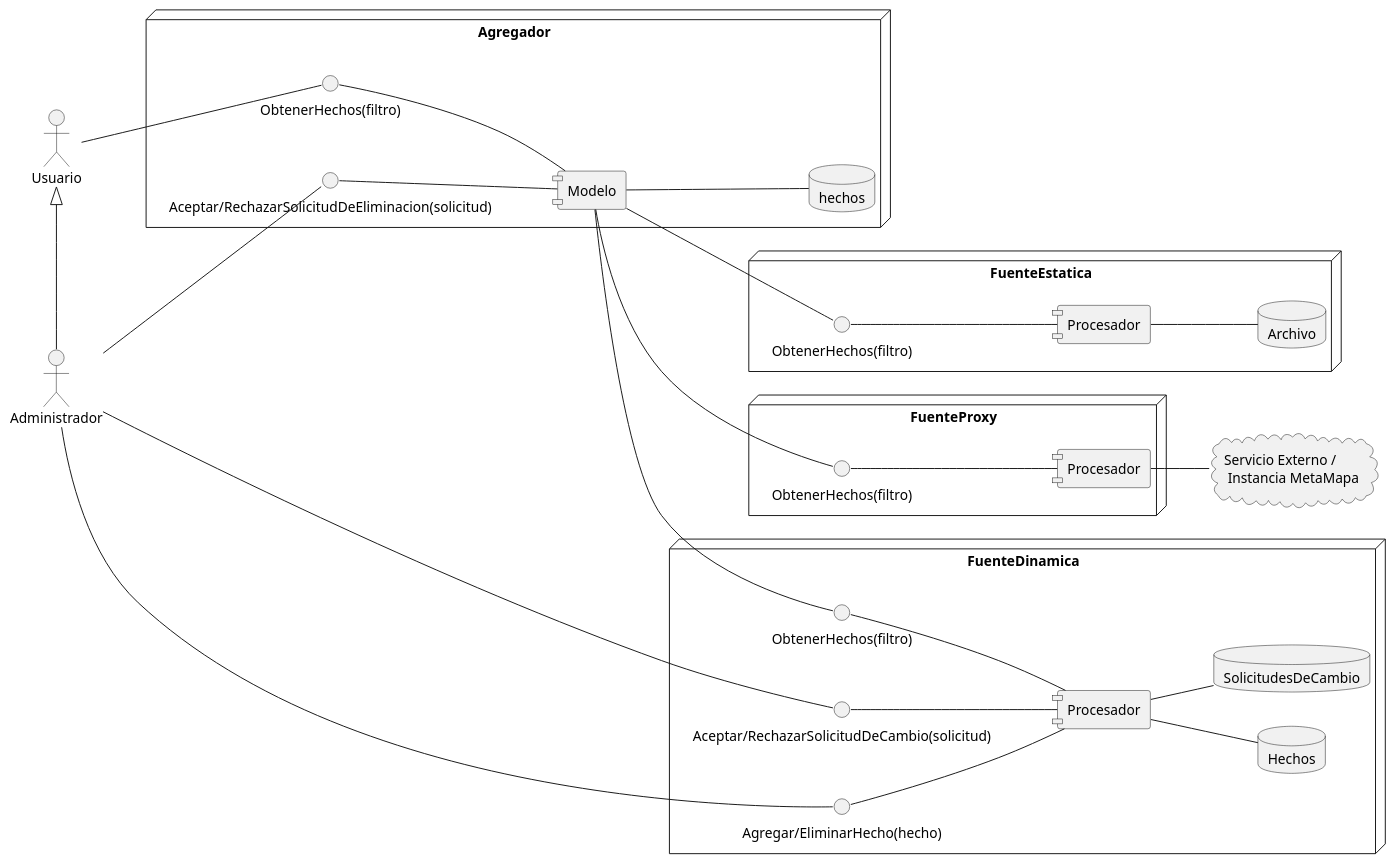
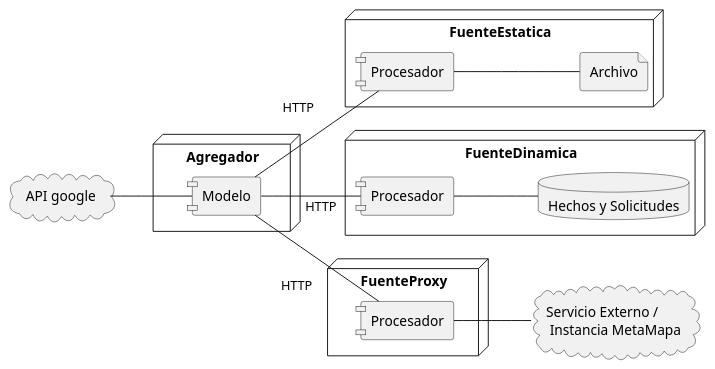
Before and after one commit to lrizzitano/Metamapa: the diagram in diagramas/diagrama-despliegue.puml, drawn with PlantUML.

Commit message:
actualizo diagrama de despliegue

```diff
--- a/diagramas/diagrama-despliegue.puml
+++ b/diagramas/diagrama-despliegue.puml
@@ -1,79 +1,47 @@
 @startuml
 
 skinparam componentStyle uml1
 
 left to right direction
 
 node "Agregador" {
-
-    database hechos
-
-    interface "Aceptar/RechazarSolicitudDeEliminacion(solicitud)" as interfazSolicitudesEliminacion
-    interface "ObtenerHechos(filtro)"
-
-    interfazSolicitudesEliminacion -- [Modelo]
-
-    "ObtenerHechos(filtro)" -- [Modelo]
-
-    [Modelo] -- hechos
+    [Modelo] as modeloAgregador
 }
 
 node "FuenteEstatica" {
 
-    interface "ObtenerHechos(filtro)" as InterfazFuenteEstatica
-
-    database Archivo
+    file Archivo
 
     [Procesador] as procesadorFuenteEstatica
 
-    InterfazFuenteEstatica -- procesadorFuenteEstatica
     procesadorFuenteEstatica  -- Archivo
 
-    [Modelo] -- InterfazFuenteEstatica
 }
 
 node "FuenteProxy" {
-    interface "ObtenerHechos(filtro)" as InterfazFuenteProxy
 
     [Procesador] as procesadorFuenteProxy
-
-    InterfazFuenteProxy -- procesadorFuenteProxy
-    [Modelo] -- InterfazFuenteProxy
 
 }
 
 node "FuenteDinamica" {
-    interface "Aceptar/RechazarSolicitudDeCambio(solicitud)" as interfazSolicitudesCambio
-    interface "Agregar/EliminarHecho(hecho)" as interfazHechos
-    interface "ObtenerHechos(filtro)" as interfazFuenteDinamica
 
-    database Hechos
-    database SolicitudesDeCambio
+    database "Hechos y Solicitudes" as DBFuenteDinamica
 
     [Procesador] as procesadorFuenteDinamica
 
-    interfazFuenteDinamica -- procesadorFuenteDinamica
-    interfazSolicitudesCambio -- procesadorFuenteDinamica
-    interfazHechos -- procesadorFuenteDinamica
-    procesadorFuenteDinamica -- Hechos
-    procesadorFuenteDinamica -- SolicitudesDeCambio
-
-    [Modelo] -- interfazFuenteDinamica
+    procesadorFuenteDinamica -- DBFuenteDinamica
 }
-
-
 
  cloud "Servicio Externo / \n Instancia MetaMapa" as conexion
  procesadorFuenteProxy -- conexion
 
- actor "Usuario" as user
- user -- "ObtenerHechos(filtro)"
+ cloud "API google" as api
+ modeloAgregador -u- api
 
- Actor "Administrador" as admin
- user <|- admin
- admin -- interfazSolicitudesEliminacion
- admin -- interfazSolicitudesCambio
- admin -- interfazHechos
+ modeloAgregador --"HTTP              " procesadorFuenteProxy
+ modeloAgregador --"HTTP     " procesadorFuenteDinamica
+ modeloAgregador --"HTTP              " procesadorFuenteEstatica
 
 
 @enduml
```
